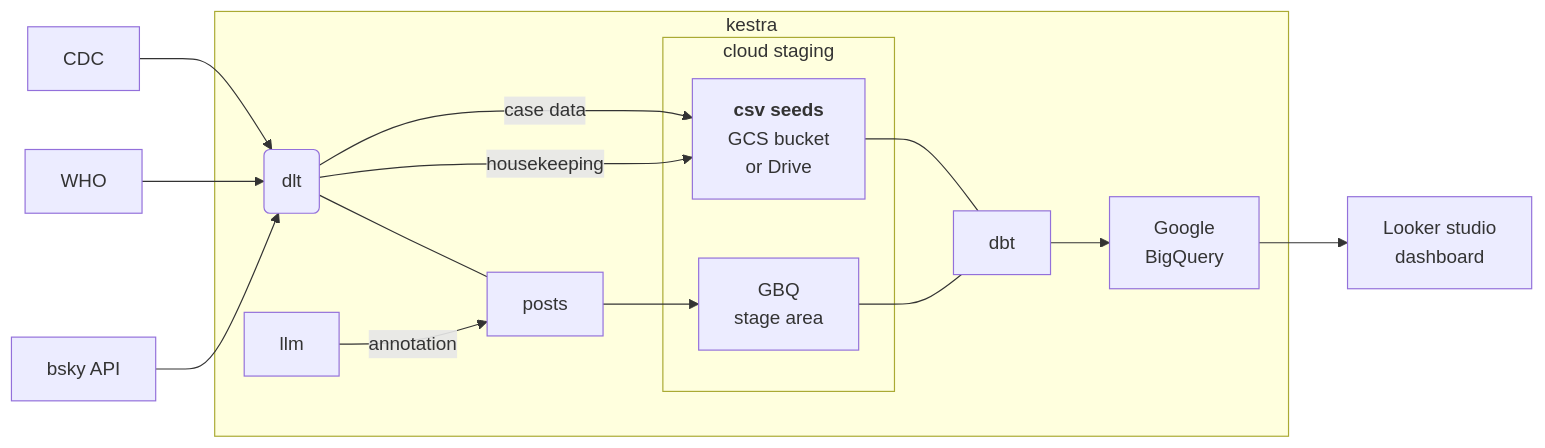
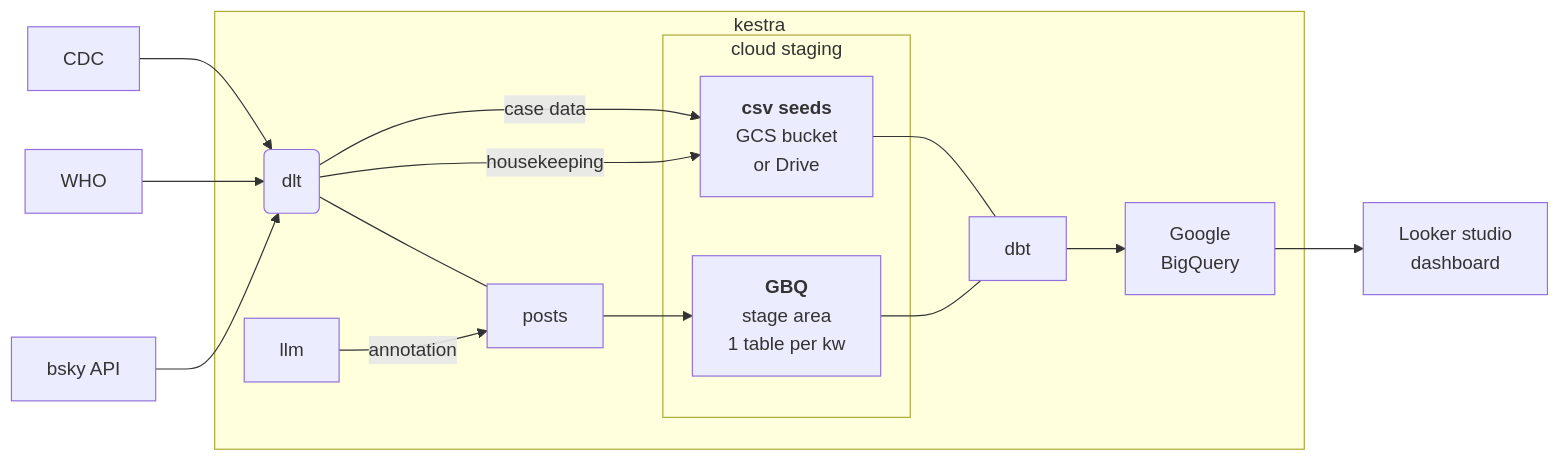
The diagram in scratchpad.qmd (kantundpeterpan/bluesky_ddd_influenza), drawn with Mermaid before and after one commit. The commit also changed 12 other files, not shown here.

````diff
--- a/scratchpad.qmd
+++ b/scratchpad.qmd
@@ -10,22 +10,22 @@
 ```{mermaid}
 graph LR
     subgraph kestra 
         dlt(dlt) --- posts
         llm -- annotation --> posts
-        posts --> bqstaging[GBQ \n stage area]
+        posts --> bqstaging[<b>GBQ</b> \n stage area \n 1 table per kw]
         dlt -- housekeeping --> csv
         dlt -- case data --> csv
         subgraph cloud staging
           bqstaging
           csv[<b>csv seeds</b> \n GCS bucket \n or Drive]
         end
         bqstaging --- dbt
         csv --- dbt
         dbt --> bq[Google \n BigQuery]
     end
 
     bsky[bsky API] --> dlt
     WHO --> dlt
     CDC --> dlt
     bq --> looker[Looker studio \n dashboard]
 ```
````
